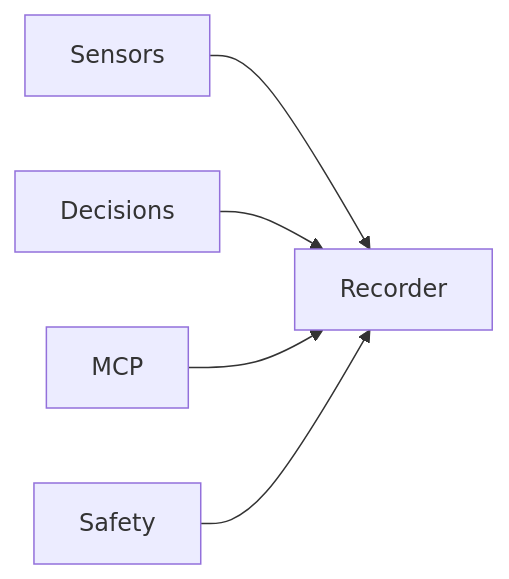
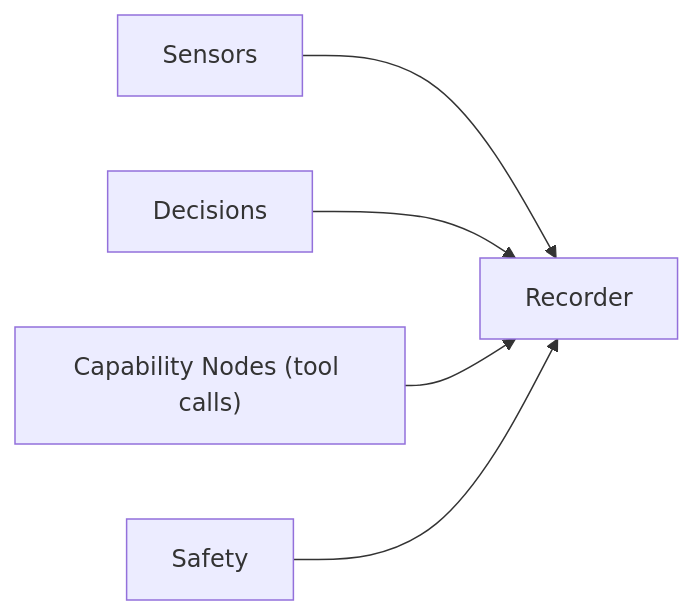
Before and after one commit to emergingrobotics/gorai-docs: the fifth of 5 diagrams in docs/overview/ai-driven-robot-safety-governance-arch.md, drawn with Mermaid. The commit also changed other lines of this file and 18 other files, not shown here.

````diff
--- a/docs/overview/ai-driven-robot-safety-governance-arch.md
+++ b/docs/overview/ai-driven-robot-safety-governance-arch.md
@@ -255,7 +257,7 @@
 ```mermaid
 flowchart LR
     Sensors --> Recorder
     Decisions --> Recorder
-    MCP --> Recorder
+    ToolCalls["Capability Nodes (tool calls)"] --> Recorder
     Safety --> Recorder
 ```
````
